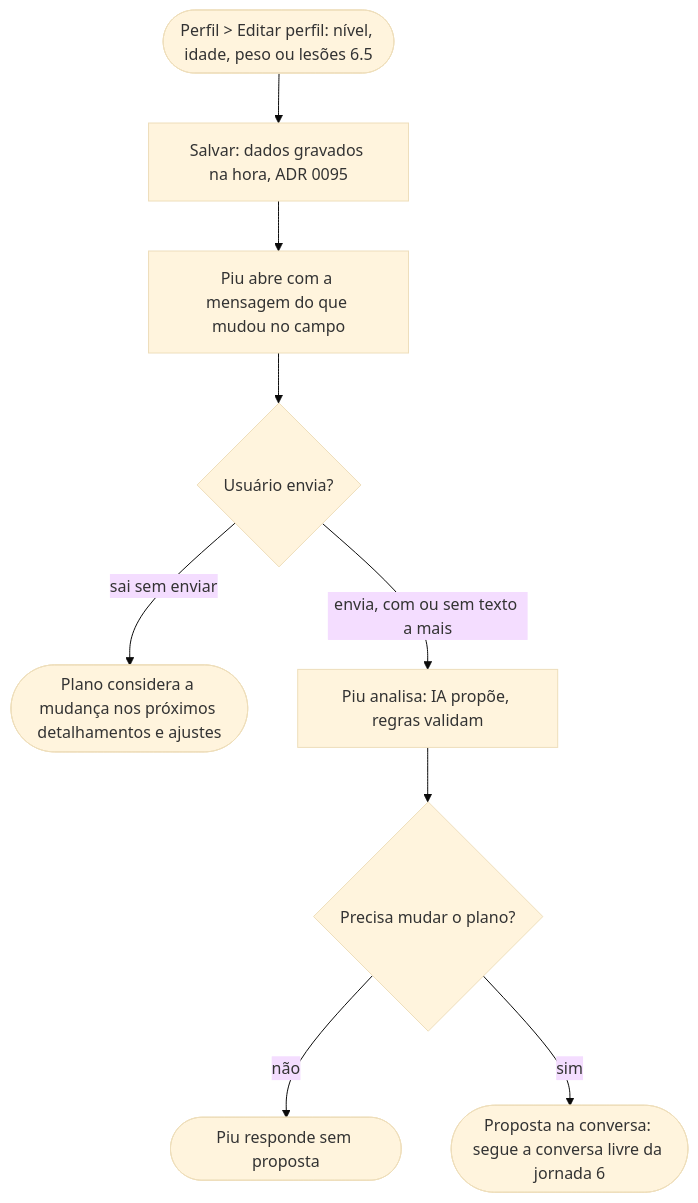
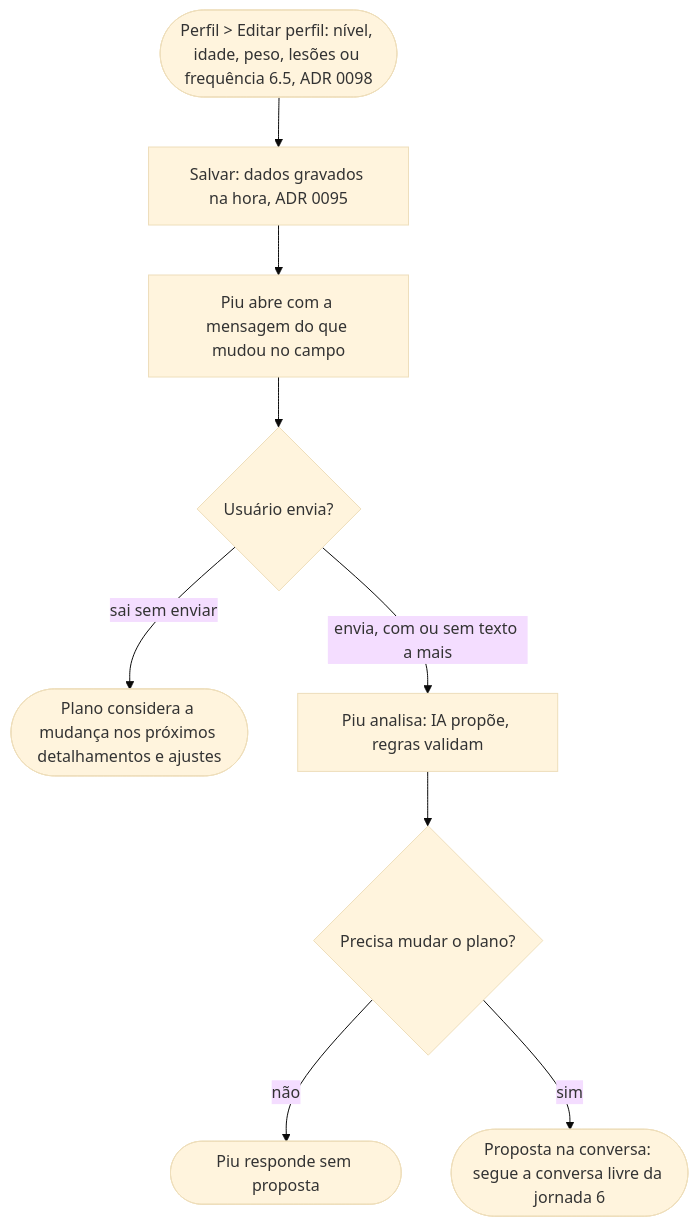
Diagram 11 of 11 in docs/fluxos.md (cruzvini/app-corrida), drawn with Mermaid (base theme) before and after one commit. The commit also changed other lines of this file and 8 other files, not shown here.

First line of the commit message:
docs: ADRs 0098 e 0099 - frequência semanal no Perfil e nome sugerido pelo Strava

````diff
--- a/docs/fluxos.md
+++ b/docs/fluxos.md
@@ -258,11 +258,11 @@
 ```mermaid
 flowchart TD
-  A([Perfil > Editar perfil: nível, idade, peso ou lesões 6.5]) --> B[Salvar: dados gravados na hora, ADR 0095]
+  A([Perfil > Editar perfil: nível, idade, peso, lesões ou frequência 6.5, ADR 0098]) --> B[Salvar: dados gravados na hora, ADR 0095]
   B --> C[Piu abre com a mensagem do que mudou no campo]
   C --> D{Usuário envia?}
   D -- sai sem enviar --> E([Plano considera a mudança nos próximos detalhamentos e ajustes])
   D -- envia, com ou sem texto a mais --> F[Piu analisa: IA propõe, regras validam]
   F --> G{Precisa mudar o plano?}
   G -- não --> H([Piu responde sem proposta])
   G -- sim --> I([Proposta na conversa: segue a conversa livre da jornada 6])
 ```
````
